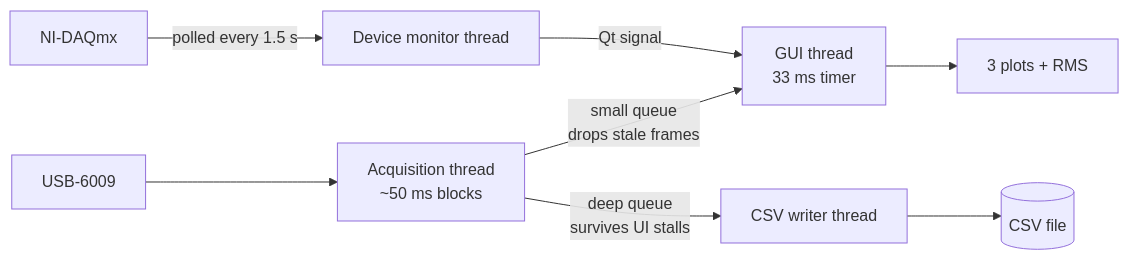
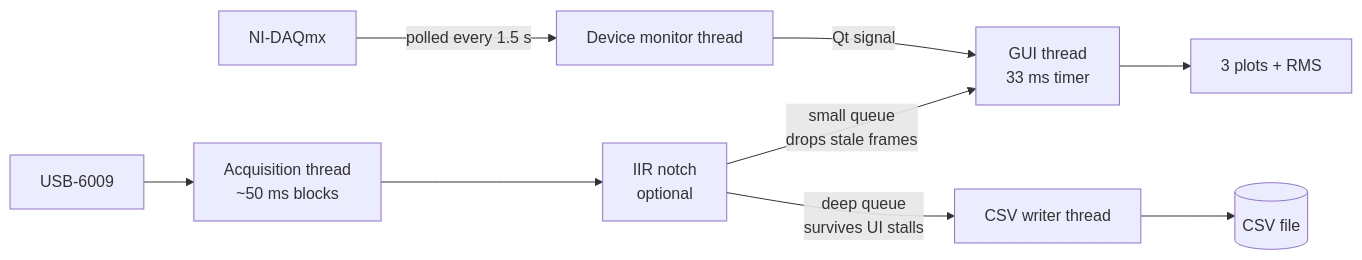
Before and after one commit to olithainduvara/EMG-Data-Recorder-Via-NiDAQ-card: the diagram in README.md, drawn with Mermaid. The commit also changed other lines of this file and 3 other files, not shown here.

````diff
--- a/README.md
+++ b/README.md
@@ -176,10 +222,11 @@
 ```mermaid
 flowchart LR
     DAQ[USB-6009] --> AW[Acquisition thread<br/>~50 ms blocks]
-    AW -->|small queue<br/>drops stale frames| UI[GUI thread<br/>33 ms timer]
-    AW -->|deep queue<br/>survives UI stalls| CSV[CSV writer thread]
+    AW --> NF[IIR notch<br/>optional]
+    NF -->|small queue<br/>drops stale frames| UI[GUI thread<br/>33 ms timer]
+    NF -->|deep queue<br/>survives UI stalls| CSV[CSV writer thread]
     CSV --> FILE[(CSV file)]
     NI[NI-DAQmx] -->|polled every 1.5 s| DM[Device monitor thread]
     DM -->|Qt signal| UI
     UI --> P[3 plots + RMS]
 ```
````
